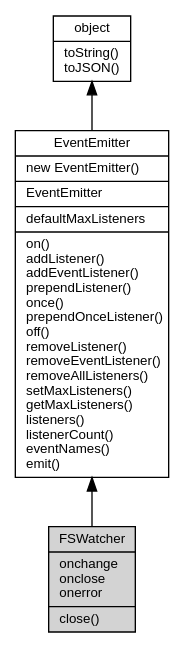
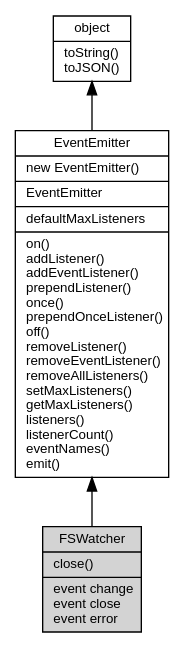
The diagram in docs/manual/object/ifs/FSWatcher.md (fibjs/fibjs.org), drawn with Graphviz before and after one commit. The commit also changed other lines of this file and 63 other files, not shown here.

````diff
--- a/docs/manual/object/ifs/FSWatcher.md
+++ b/docs/manual/object/ifs/FSWatcher.md
@@ -29,12 +29,12 @@
 ```dot
 digraph {
     node [fontname="Helvetica,sans-Serif", fontsize=10, shape="record", style="filled", fillcolor="white"];
 
     object [tooltip="object", URL="object.md", label="{object|toString()\ltoJSON()\l}"];
     EventEmitter [tooltip="EventEmitter", URL="EventEmitter.md", label="{EventEmitter|new EventEmitter()\l|EventEmitter\l|defaultMaxListeners\l|on()\laddListener()\laddEventListener()\lprependListener()\lonce()\lprependOnceListener()\loff()\lremoveListener()\lremoveEventListener()\lremoveAllListeners()\lsetMaxListeners()\lgetMaxListeners()\llisteners()\llistenerCount()\leventNames()\lemit()\l}"];
-    FSWatcher [tooltip="FSWatcher", fillcolor="lightgray", id="me", label="{FSWatcher|onchange\lonclose\lonerror\l|close()\l}"];
+    FSWatcher [tooltip="FSWatcher", fillcolor="lightgray", id="me", label="{FSWatcher|close()\l|event change\levent close\levent error\l}"];
 
     object -> EventEmitter [dir=back];
     EventEmitter -> FSWatcher [dir=back];
 }
 ```
````
